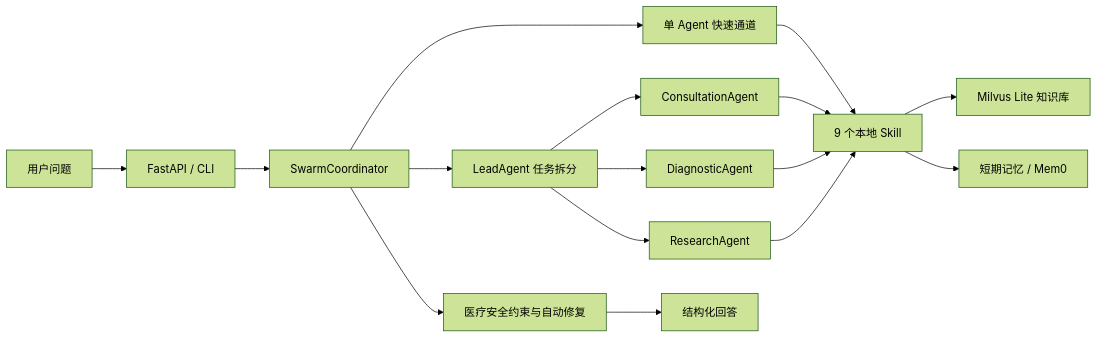
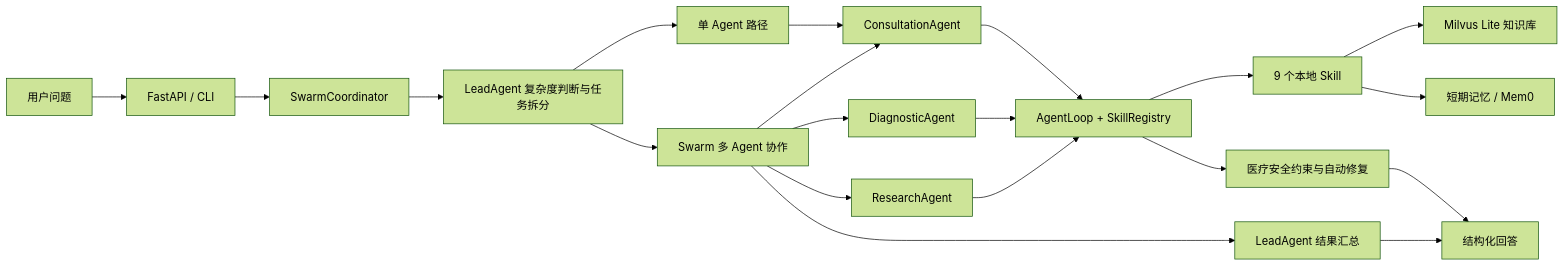
One commit to zkforge/MedAgentCare changed the diagram in README.md. Above: the diagram before and after it, drawn with Mermaid (forest theme). The commit also changed other lines of this file and 5 other files, not shown here.

````diff
--- a/README.md
+++ b/README.md
@@ -32,18 +32,22 @@
 ```mermaid
 flowchart LR
     User[用户问题] --> Entry[FastAPI / CLI]
     Entry --> Router[SwarmCoordinator]
-    Router --> Simple[单 Agent 快速通道]
-    Router --> Lead[LeadAgent 任务拆分]
-    Lead --> Consultation[ConsultationAgent]
-    Lead --> Diagnostic[DiagnosticAgent]
-    Lead --> Research[ResearchAgent]
-    Simple --> Skills[9 个本地 Skill]
-    Consultation --> Skills
-    Diagnostic --> Skills
-    Research --> Skills
+    Router --> Lead[LeadAgent 复杂度判断与任务拆分]
+    Lead --> Single[单 Agent 路径]
+    Lead --> Swarm[Swarm 多 Agent 协作]
+    Single --> Consultation[ConsultationAgent]
+    Swarm --> Consultation
+    Swarm --> Diagnostic[DiagnosticAgent]
+    Swarm --> Research[ResearchAgent]
+    Consultation --> Loop[AgentLoop + SkillRegistry]
+    Diagnostic --> Loop
+    Research --> Loop
+    Loop --> Skills[9 个本地 Skill]
     Skills --> Knowledge[Milvus Lite 知识库]
     Skills --> Memory[短期记忆 / Mem0]
-    Router --> Guard[医疗安全约束与自动修复]
+    Loop --> Guard[医疗安全约束与自动修复]
+    Swarm --> Synthesis[LeadAgent 结果汇总]
     Guard --> Output[结构化回答]
+    Synthesis --> Output
 ```
````
